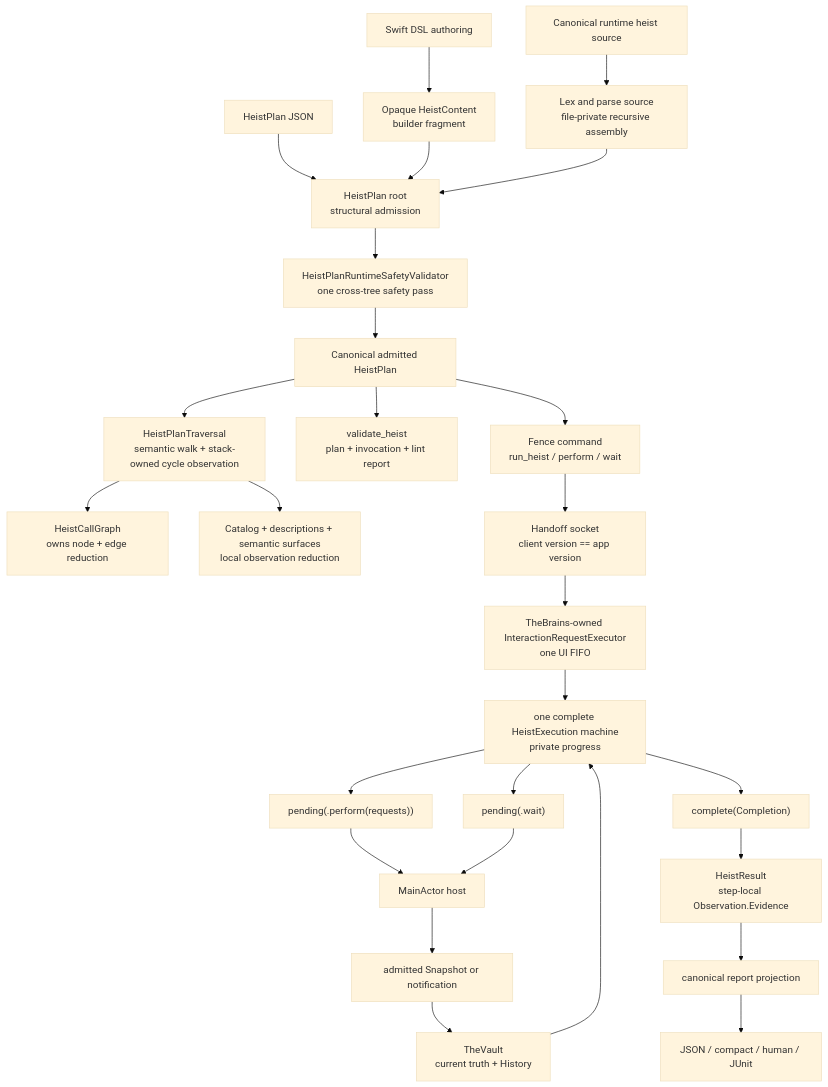
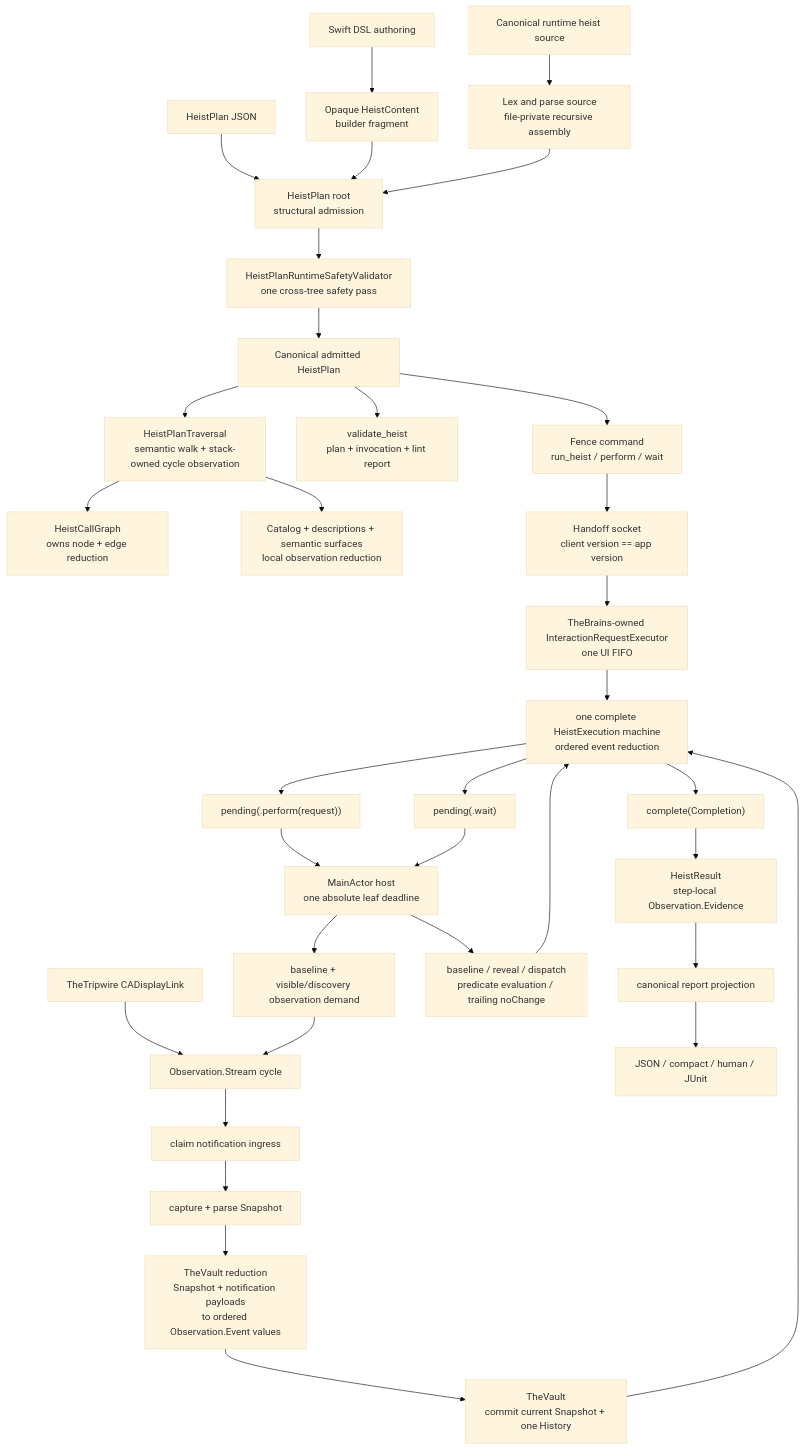
One commit to RoyalPineapple/TheButtonHeist changed the second of 2 diagrams in docs/ARCHITECTURE.md. Above: the diagram before and after it, drawn with Mermaid (base theme). The commit also changed other lines of this file and 426 other files, not shown here.

First line of the commit message:
Unify pulse-driven observation and algebraic heist execution (#1407)

````diff
--- a/docs/ARCHITECTURE.md
+++ b/docs/ARCHITECTURE.md
@@ -662,30 +726,37 @@
 ```mermaid
 flowchart TD
     SwiftAuthor["Swift DSL authoring"] --> Fragment["Opaque HeistContent<br/>builder fragment"]
     SourceAuthor["Canonical runtime heist source"] --> Parse["Lex and parse source<br/>file-private recursive assembly"]
     JSONAuthor["HeistPlan JSON"] --> RootAdmission
     Fragment --> RootAdmission["HeistPlan root<br/>structural admission"]
     Parse --> RootAdmission
     RootAdmission --> Validate["HeistPlanRuntimeSafetyValidator<br/>one cross-tree safety pass"]
     Validate --> Plan["Canonical admitted HeistPlan"]
     Plan --> Walk["HeistPlanTraversal<br/>semantic walk + stack-owned cycle observation"]
     Walk --> Graph["HeistCallGraph<br/>owns node + edge reduction"]
     Walk --> Discovery["Catalog + descriptions + semantic surfaces<br/>local observation reduction"]
     Plan --> OfflineReport["validate_heist<br/>plan + invocation + lint report"]
     Plan --> FenceCommand["Fence command<br/>run_heist / perform / wait"]
     FenceCommand --> HandoffSocket["Handoff socket<br/>client version == app version"]
     HandoffSocket --> Executor["TheBrains-owned InteractionRequestExecutor<br/>one UI FIFO"]
 
-    Executor --> Machine["one complete HeistExecution machine<br/>private progress"]
-    Input["admitted Snapshot or notification"] --> Vault["TheVault<br/>current truth + History"]
+    Executor --> Machine["one complete HeistExecution machine<br/>ordered event reduction"]
+    Host["MainActor host<br/>one absolute leaf deadline"] --> Demand["baseline + visible/discovery observation demand"]
+    Link["TheTripwire CADisplayLink"] --> Cycle["Observation.Stream cycle"]
+    Demand --> Cycle
+    Cycle --> Claim["claim notification ingress"]
+    Claim --> Capture["capture + parse Snapshot"]
+    Capture --> Reduce["TheVault reduction<br/>Snapshot + notification payloads<br/>to ordered Observation.Event values"]
+    Reduce --> Vault["TheVault<br/>commit current Snapshot + one History"]
     Vault --> Machine
-    Machine --> Perform["pending(.perform(requests))"]
+    Machine --> Perform["pending(.perform(request))"]
     Machine --> Wait["pending(.wait)"]
     Machine --> Complete["complete(Completion)"]
-    Perform --> Host["MainActor host"]
+    Perform --> Host
     Wait --> Host
-    Host --> Input
+    Host --> LeafWork["baseline / reveal / dispatch<br/>predicate evaluation / trailing noChange"]
+    LeafWork --> Machine
     Complete --> Result["HeistResult<br/>step-local Observation.Evidence"]
     Result --> Project["canonical report projection"]
     Project --> Response["JSON / compact / human / JUnit"]
 ```
````
